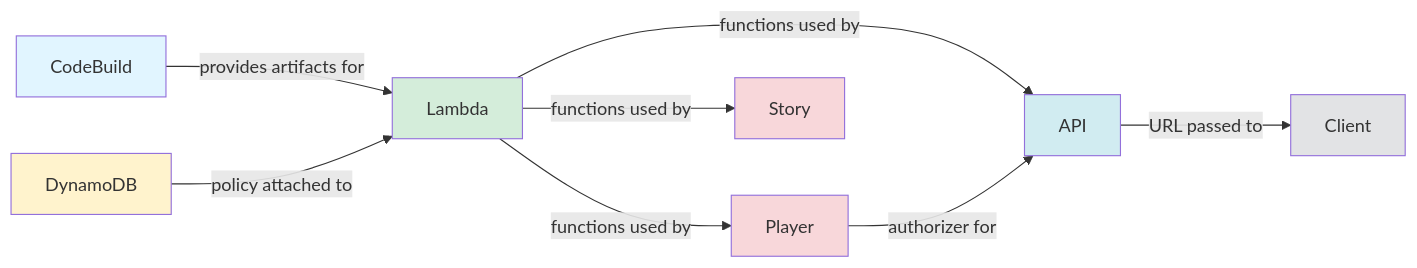
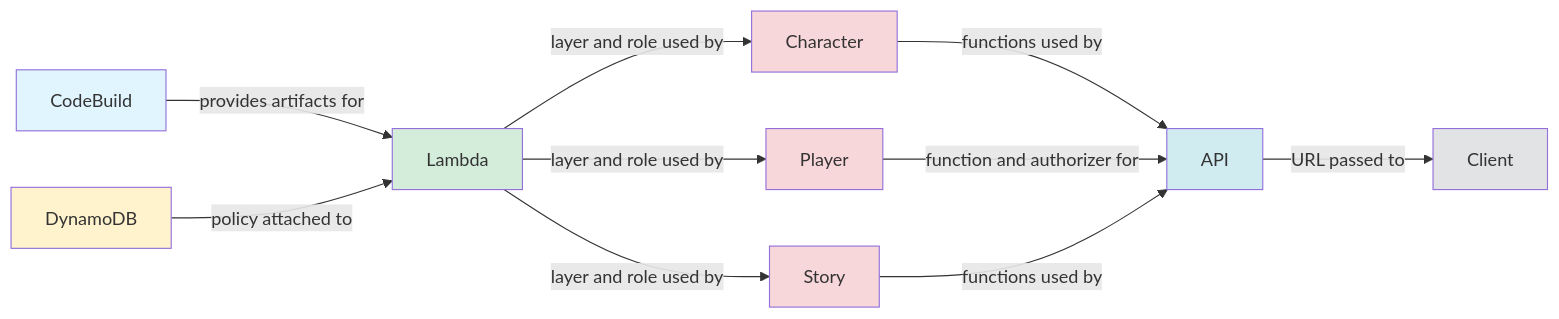
Before and after one commit to darkrelics/eidolon-engine: the diagram in documentation/deployment.md, drawn with Mermaid. The commit also changed other lines of this file and 17 other files, not shown here.

````diff
--- a/documentation/deployment.md
+++ b/documentation/deployment.md
@@ -444,18 +445,21 @@
 ```mermaid
 graph LR
     CodeBuild -->|provides artifacts for| Lambda
     DynamoDB -->|policy attached to| Lambda
-    Lambda -->|functions used by| Player
-    Lambda -->|functions used by| Story
-    Lambda -->|functions used by| API
-    Player -->|authorizer for| API
+    Lambda -->|layer and role used by| Character
+    Lambda -->|layer and role used by| Player
+    Lambda -->|layer and role used by| Story
+    Character -->|functions used by| API
+    Player -->|function and authorizer for| API
+    Story -->|functions used by| API
     API -->|URL passed to| Client
 
     style CodeBuild fill:#e1f5ff
     style DynamoDB fill:#fff3cd
     style Lambda fill:#d4edda
+    style Character fill:#f8d7da
     style Player fill:#f8d7da
     style Story fill:#f8d7da
     style API fill:#d1ecf1
     style Client fill:#e2e3e5
 ```
````
